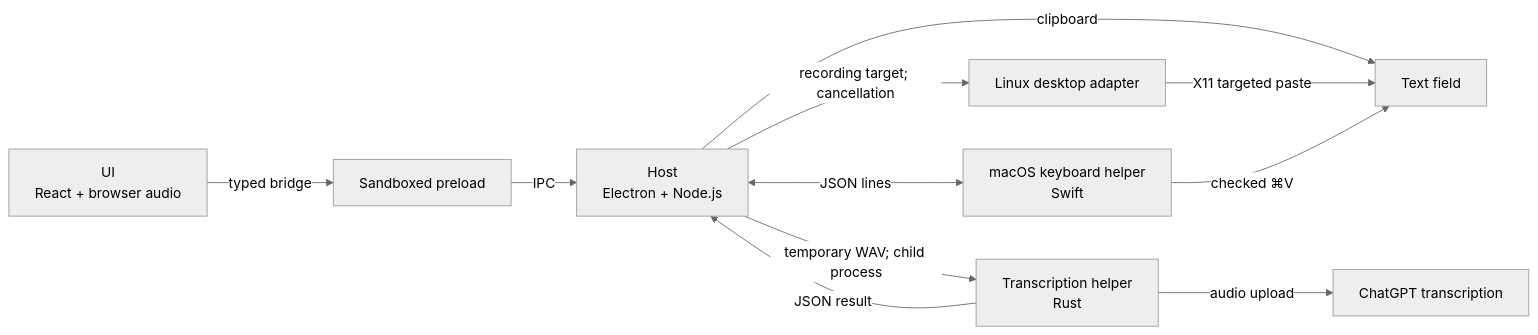
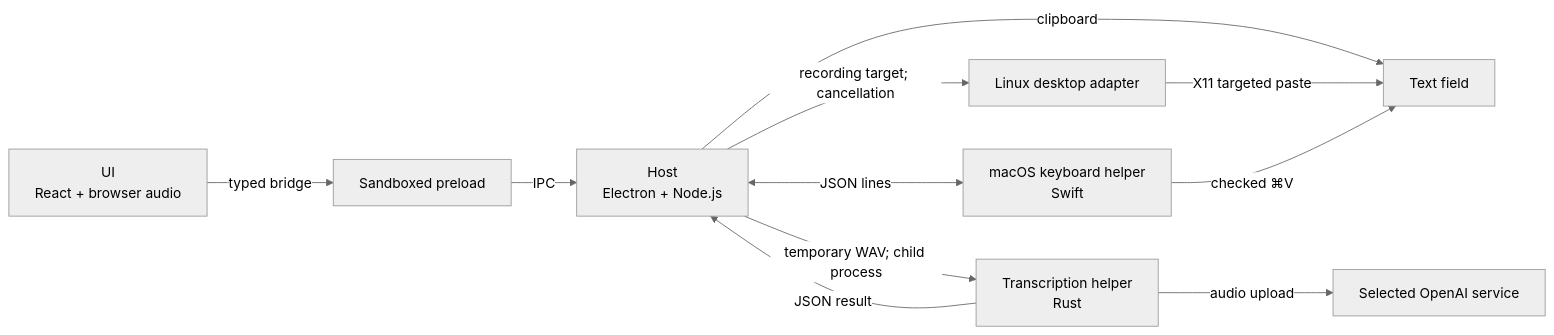
Before and after one commit to MaximilianMauroner/einsager: the diagram in docs/architecture.md, drawn with Mermaid (neutral theme). The commit also changed other lines of this file and 37 other files, not shown here.

````diff
--- a/docs/architecture.md
+++ b/docs/architecture.md
@@ -27,13 +27,13 @@
 ```mermaid
 flowchart LR
     renderer["UI<br/>React + browser audio"] -->|"typed bridge"| preload["Sandboxed preload"]
     preload -->|"IPC"| host["Host<br/>Electron + Node.js"]
     host <-->|"JSON lines"| keys["macOS keyboard helper<br/>Swift"]
     host -->|"temporary WAV; child process"| helper["Transcription helper<br/>Rust"]
-    helper -->|"audio upload"| chatgpt["ChatGPT transcription"]
+    helper -->|"audio upload"| openai["Selected OpenAI service"]
     helper -->|"JSON result"| host
     host -->|"clipboard"| editor["Text field"]
     host -->|"recording target; cancellation"| linux["Linux desktop adapter"]
     linux -->|"X11 targeted paste"| editor
     keys -->|"checked ⌘V"| editor
 ```
````
